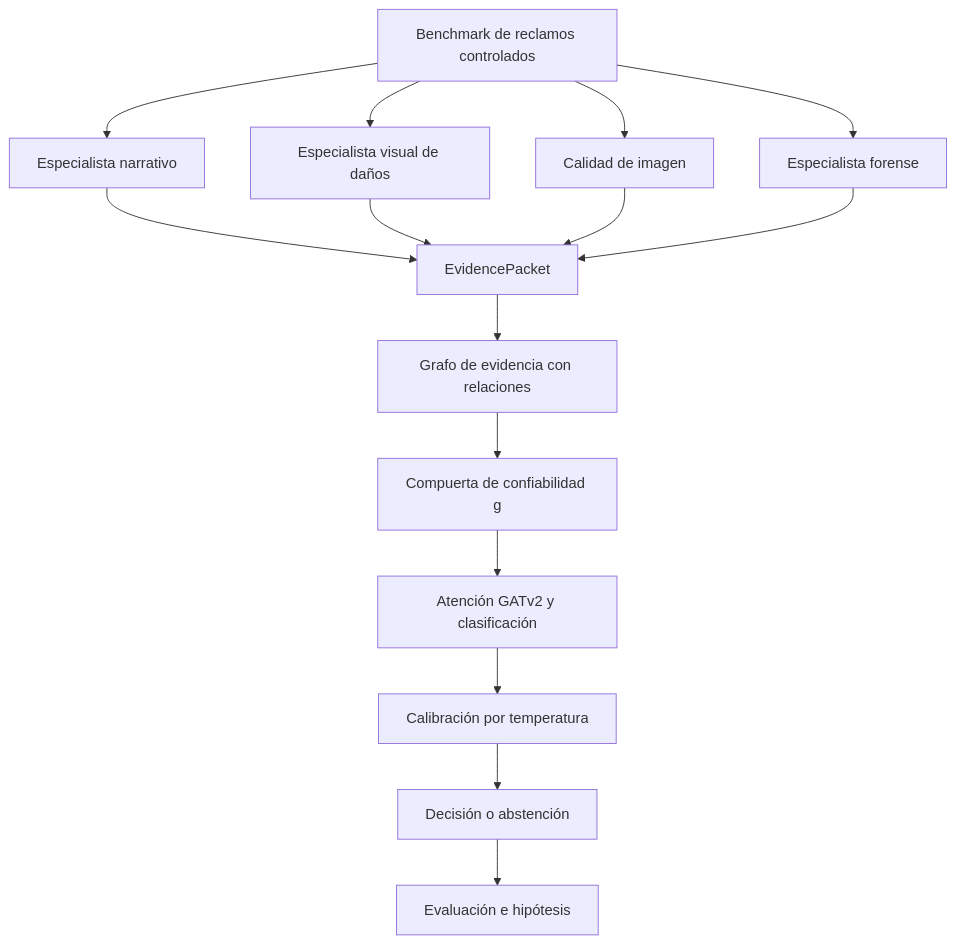
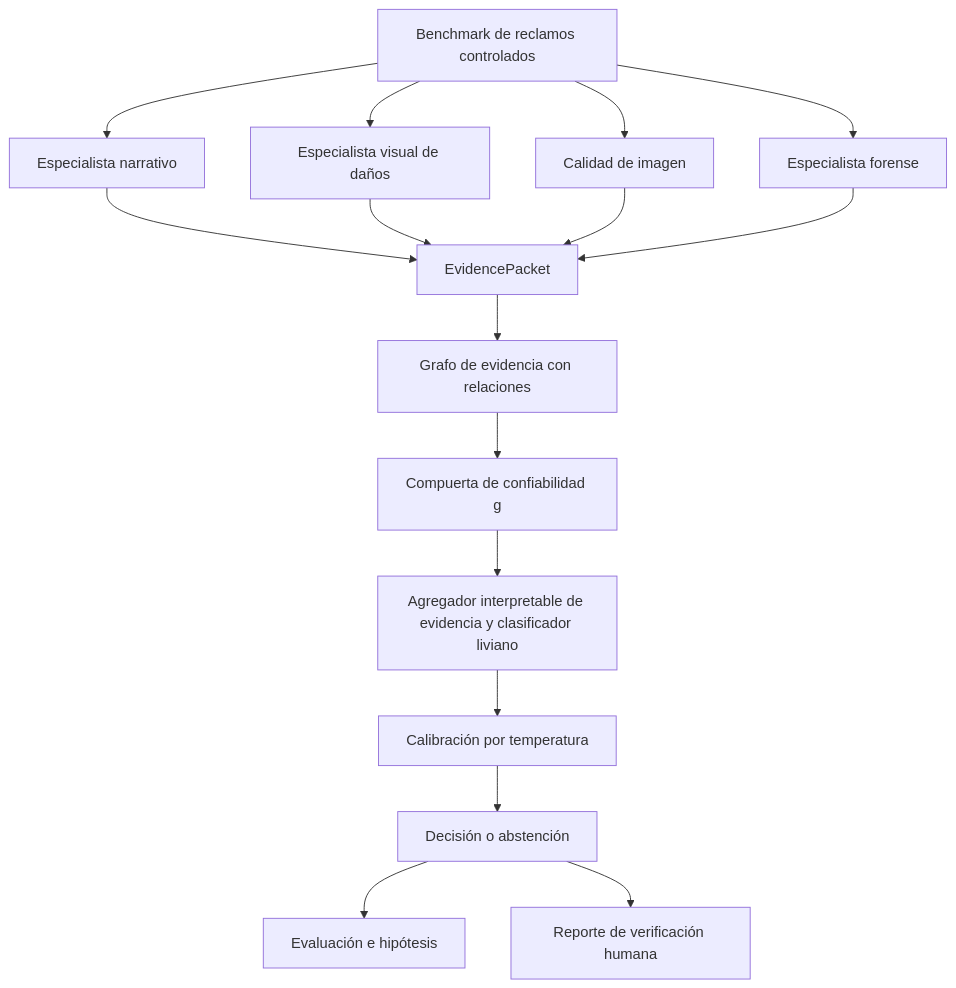
The first of 2 diagrams in README.md (anamariaaccilio/vehicle-claim-verification-baselines), drawn with Mermaid before and after one commit. The commit also changed other lines of this file and 5 other files, not shown here.

````diff
--- a/README.md
+++ b/README.md
@@ -9,17 +9,18 @@
 ```mermaid
 flowchart TD
     B[Benchmark de reclamos controlados] --> N[Especialista narrativo]
     B --> V[Especialista visual de daños]
     B --> Q[Calidad de imagen]
     B --> F[Especialista forense]
     N --> E[EvidencePacket]
     V --> E
     Q --> E
     F --> E
     E --> G[Grafo de evidencia con relaciones]
     G --> GT[Compuerta de confiabilidad g]
-    GT --> A[Atención GATv2 y clasificación]
+    GT --> A[Agregador interpretable de evidencia y clasificador liviano]
     A --> C[Calibración por temperatura]
     C --> AB[Decisión o abstención]
     AB --> EV[Evaluación e hipótesis]
+    AB --> HR[Reporte de verificación humana]
 ```
````
